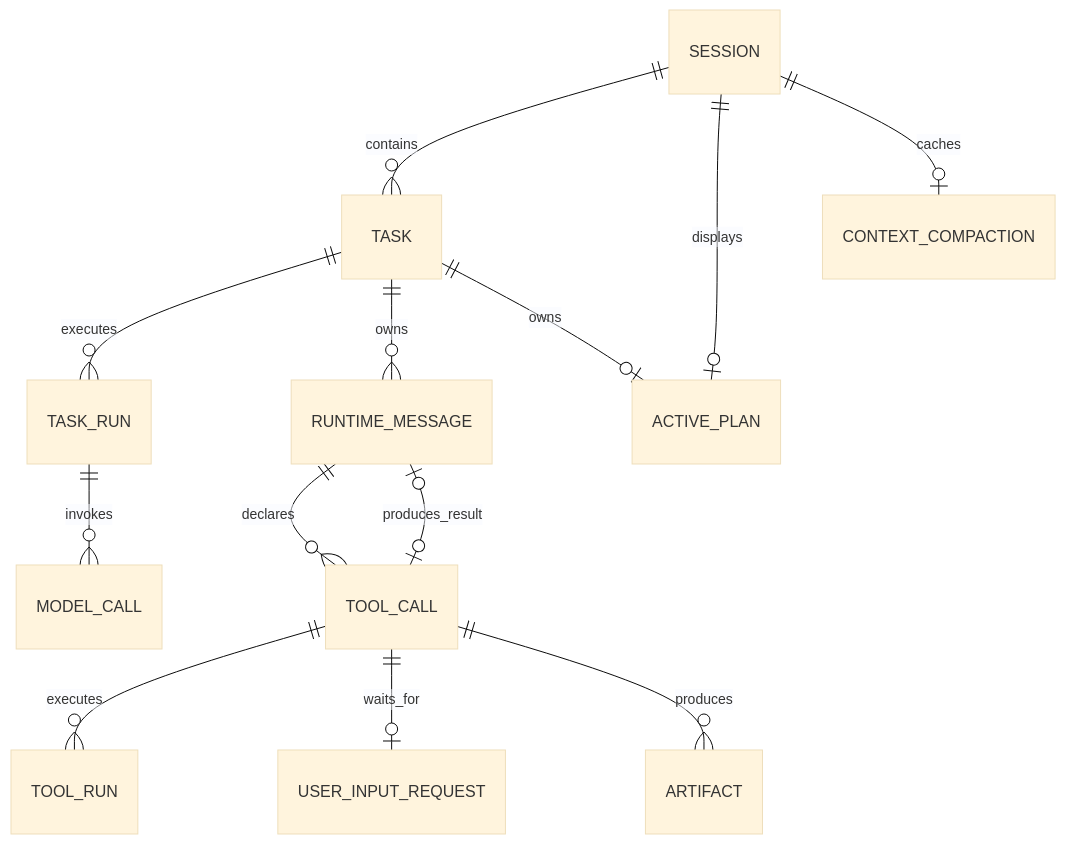
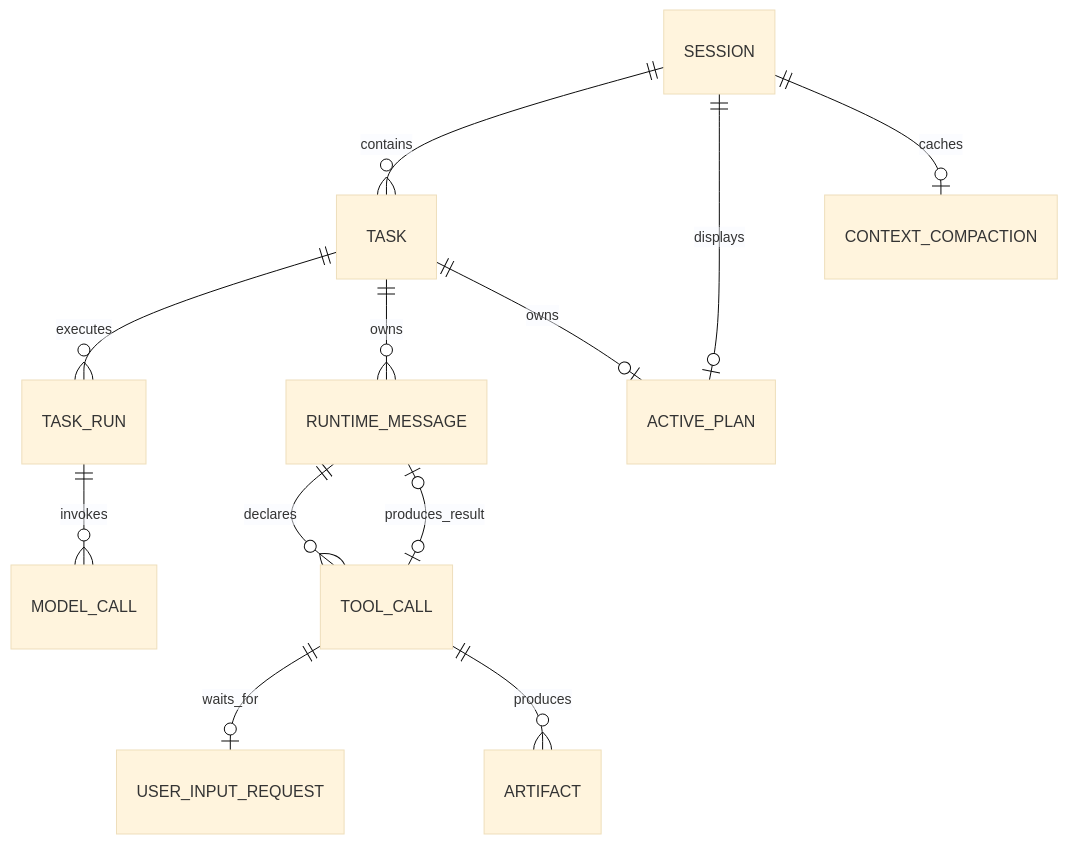
The first of 3 diagrams in docs/01-database-and-state-machines.md (lucyonegit/agent-runtime-v2), drawn with Mermaid (base theme) before and after one commit. The commit also changed other lines of this file and 37 other files, not shown here.

````diff
--- a/docs/01-database-and-state-machines.md
+++ b/docs/01-database-and-state-machines.md
@@ -5,15 +5,14 @@
 ```mermaid
 erDiagram
     SESSION ||--o{ TASK : contains
     TASK ||--o{ TASK_RUN : executes
     TASK ||--o{ RUNTIME_MESSAGE : owns
     RUNTIME_MESSAGE ||--o{ TOOL_CALL : declares
-    TOOL_CALL ||--o{ TOOL_RUN : executes
     TOOL_CALL o|--o| RUNTIME_MESSAGE : produces_result
     TOOL_CALL ||--o| USER_INPUT_REQUEST : waits_for
     SESSION ||--o| ACTIVE_PLAN : displays
     TASK ||--o| ACTIVE_PLAN : owns
     SESSION ||--o| CONTEXT_COMPACTION : caches
     TASK_RUN ||--o{ MODEL_CALL : invokes
     TOOL_CALL ||--o{ ARTIFACT : produces
 ```
````
